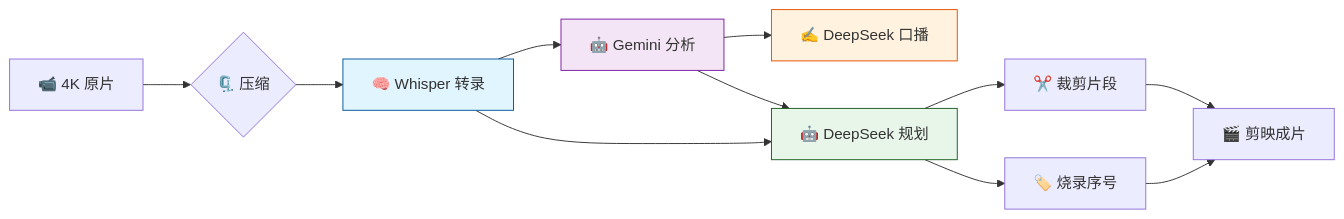
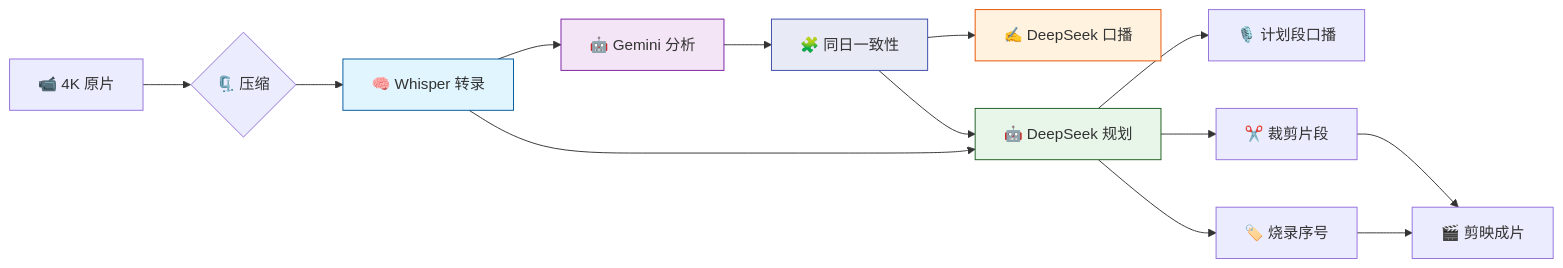
One commit to Leisurelybear/clio changed the diagram in README.md. Above: the diagram before and after it, drawn with Mermaid. The commit also changed other lines of this file and 6 other files, not shown here.

Commit message:
docs(roadmap): complete Q7 entity consistency

````diff
--- a/README.md
+++ b/README.md
@@ -79,17 +79,20 @@
 ```mermaid
 graph LR
     A[📹 4K 原片] --> B{🗜️ 压缩}
     B --> C[🧠 Whisper 转录]
     C --> D[🤖 Gemini 分析]
-    D --> E[✍️ DeepSeek 口播]
-    D --> F[🤖 DeepSeek 规划]
-    C --> F
-    F --> G[✂️ 裁剪片段]
-    F --> H[🏷️ 烧录序号]
-    G & H --> I[🎬 剪映成片]
+    D --> E[🧩 同日一致性]
+    E --> F[✍️ DeepSeek 口播]
+    E --> G[🤖 DeepSeek 规划]
+    C --> G
+    G --> H[🎙️ 计划段口播]
+    G --> I[✂️ 裁剪片段]
+    G --> J[🏷️ 烧录序号]
+    I & J --> K[🎬 剪映成片]
 
     style C fill:#e1f5fe,stroke:#01579b
     style D fill:#f3e5f5,stroke:#7b1fa2
-    style E fill:#fff3e0,stroke:#e65100
-    style F fill:#e8f5e9,stroke:#1b5e20
+    style E fill:#e8eaf6,stroke:#3949ab
+    style F fill:#fff3e0,stroke:#e65100
+    style G fill:#e8f5e9,stroke:#1b5e20
 ```
````
